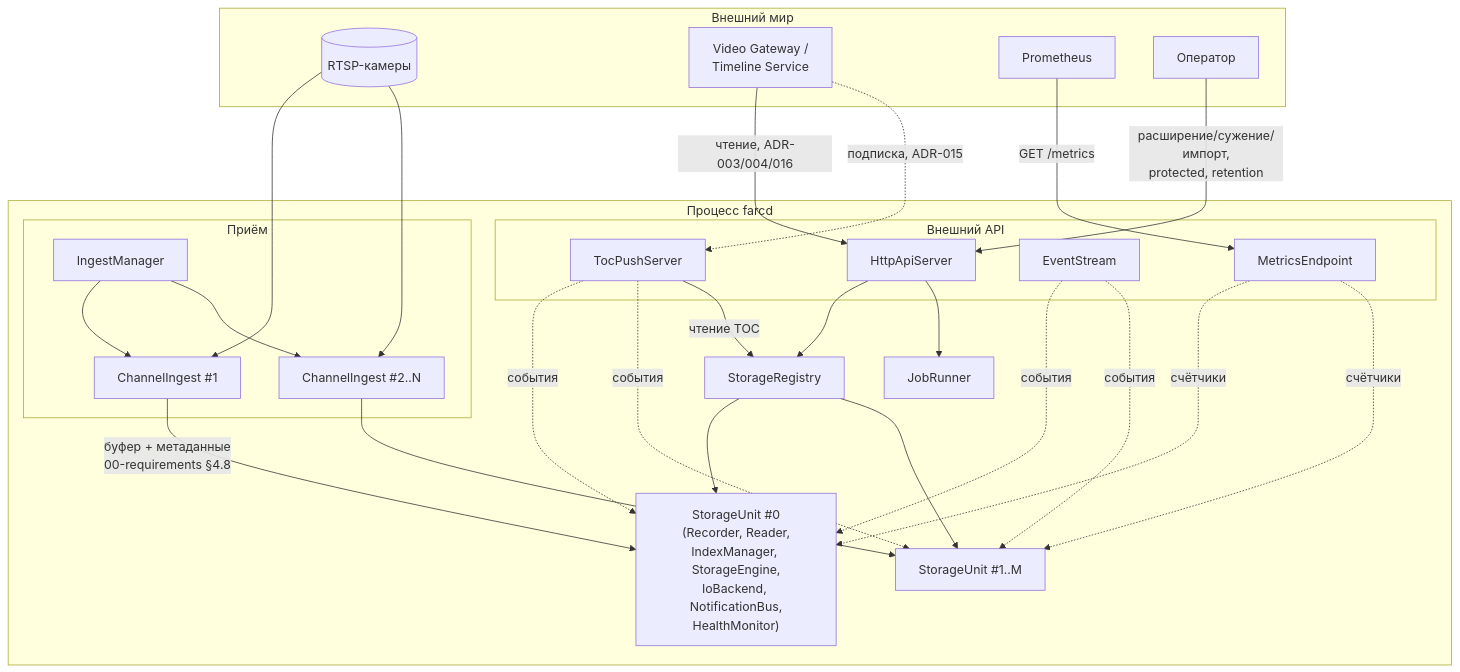
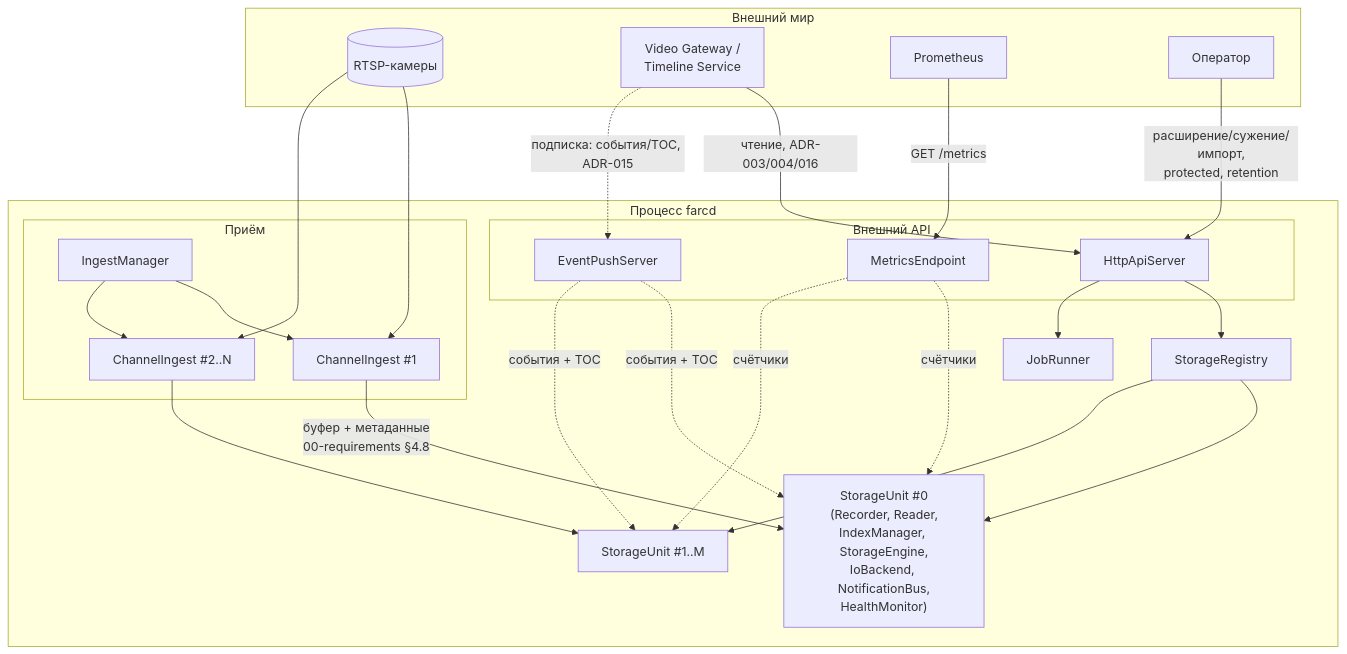
The first of 5 diagrams in docs/docs/archive/10-service-composition.md (traycers/farc), drawn with Mermaid before and after one commit. The commit also changed other lines of this file and 8 other files, not shown here.

````diff
--- a/docs/docs/archive/10-service-composition.md
+++ b/docs/docs/archive/10-service-composition.md
@@ -95,47 +95,43 @@
 ```mermaid
 graph TB
     subgraph External["Внешний мир"]
         Cameras[("RTSP-камеры")]
         VideoGW["Video Gateway /<br/>Timeline Service"]
         Prom["Prometheus"]
         Operator["Оператор"]
     end
 
     subgraph FarcProcess["Процесс farcd"]
         subgraph Ingest["Приём"]
             IngestManager --> CI1["ChannelIngest #1"]
             IngestManager --> CI2["ChannelIngest #2..N"]
         end
 
         subgraph Api["Внешний API"]
             HttpApiServer
-            TocPushServer
-            EventStream
+            EventPushServer
             MetricsEndpoint
         end
 
         StorageRegistry --> SU1["StorageUnit #0<br/>(Recorder, Reader,<br/>IndexManager, StorageEngine,<br/>IoBackend, NotificationBus,<br/>HealthMonitor)"]
         StorageRegistry --> SU2["StorageUnit #1..M"]
         JobRunner
     end
 
     Cameras --> CI1
     Cameras --> CI2
     CI1 -->|буфер + метаданные<br/>00-requirements §4.8| SU1
     CI2 --> SU2
 
     VideoGW -->|чтение, ADR-003/004/016| HttpApiServer
-    VideoGW -.подписка, ADR-015.-> TocPushServer
+    VideoGW -.подписка: события/TOC, ADR-015.-> EventPushServer
     Operator -->|расширение/сужение/импорт,<br/>protected, retention| HttpApiServer
     Prom -->|GET /metrics| MetricsEndpoint
 
     HttpApiServer --> StorageRegistry
     HttpApiServer --> JobRunner
-    TocPushServer -.события.-> SU1
-    TocPushServer -.события.-> SU2
-    TocPushServer -->|чтение TOC| StorageRegistry
+    EventPushServer -.события + TOC.-> SU1
+    EventPushServer -.события + TOC.-> SU2
     MetricsEndpoint -.счётчики.-> SU1
     MetricsEndpoint -.счётчики.-> SU2
-    EventStream -.события.-> SU1
-    EventStream -.события.-> SU2
 ```
````
